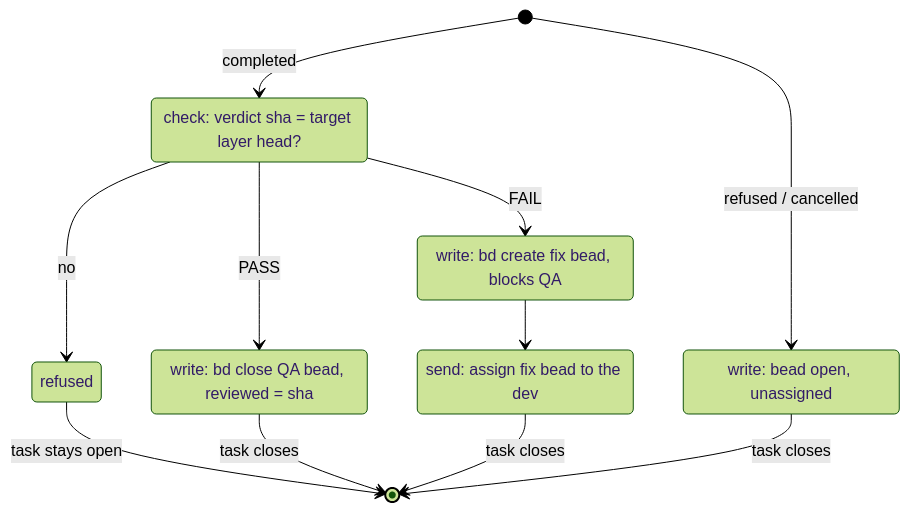
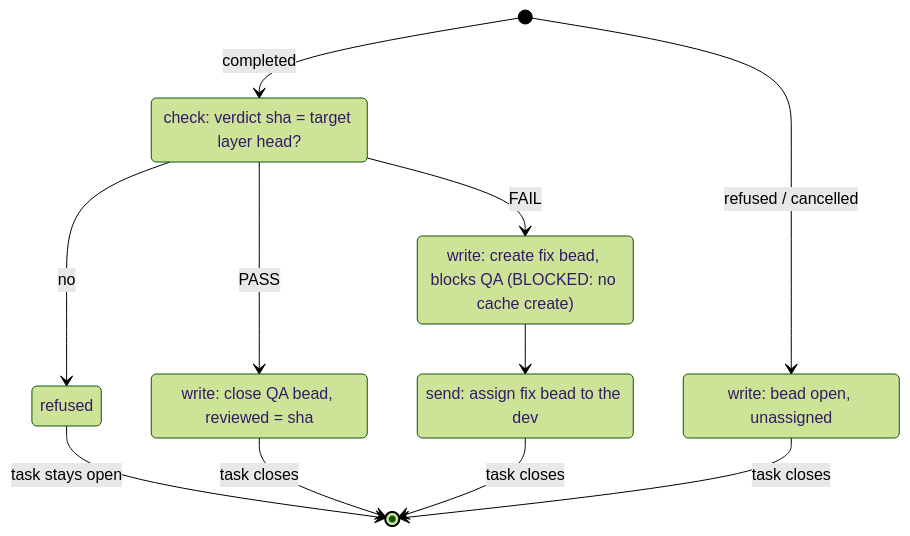
One commit to randlee/atm-core changed the fifth of 5 diagrams in docs/plans/phase-bo/design/lite-code/docs/state-transitions.md. Above: the diagram before and after it, drawn with Mermaid (forest theme). The commit also changed other lines of this file and 15 other files, not shown here.

````diff
--- a/docs/plans/phase-bo/design/lite-code/docs/state-transitions.md
+++ b/docs/plans/phase-bo/design/lite-code/docs/state-transitions.md
@@ -176,18 +156,18 @@
 ```mermaid
 stateDiagram-v2
     state "check: verdict sha = target layer head?" as chk
-    state "write: bd close QA bead, reviewed = sha" as pass
-    state "write: bd create fix bead, blocks QA" as fail
+    state "write: close QA bead, reviewed = sha" as pass
+    state "write: create fix bead, blocks QA (BLOCKED: no cache create)" as fail
     state "send: assign fix bead to the dev" as send
     state "write: bead open, unassigned" as reopen
     [*] --> chk: completed
     chk --> refused: no
     chk --> pass: PASS
     chk --> fail: FAIL
     pass --> [*]: task closes
     fail --> send
     send --> [*]: task closes
     [*] --> reopen: refused / cancelled
     reopen --> [*]: task closes
     refused --> [*]: task stays open
 ```
````
